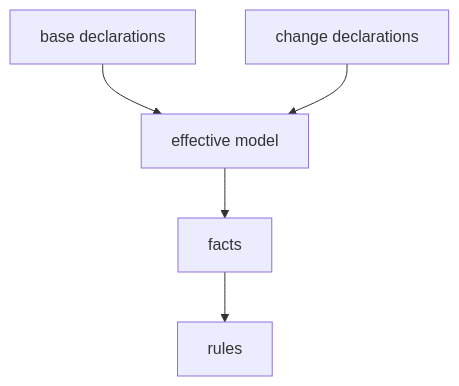
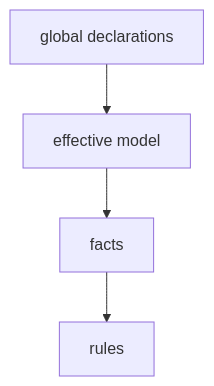
The second of 3 diagrams in docs-site/src/content/docs/inside-shape/checker-pipeline.md (timbrinded/shapelang), drawn with Mermaid before and after one commit. The commit also changed other lines of this file and 27 other files, not shown here.

````diff
--- a/docs-site/src/content/docs/inside-shape/checker-pipeline.md
+++ b/docs-site/src/content/docs/inside-shape/checker-pipeline.md
@@ -72,7 +70,6 @@
 ```mermaid
 flowchart TD
-  A["base declarations"] --> C["effective model"]
-  B["change declarations"] --> C
+  A["global declarations"] --> C["effective model"]
   C --> D["facts"]
   D --> E["rules"]
 ```
````
